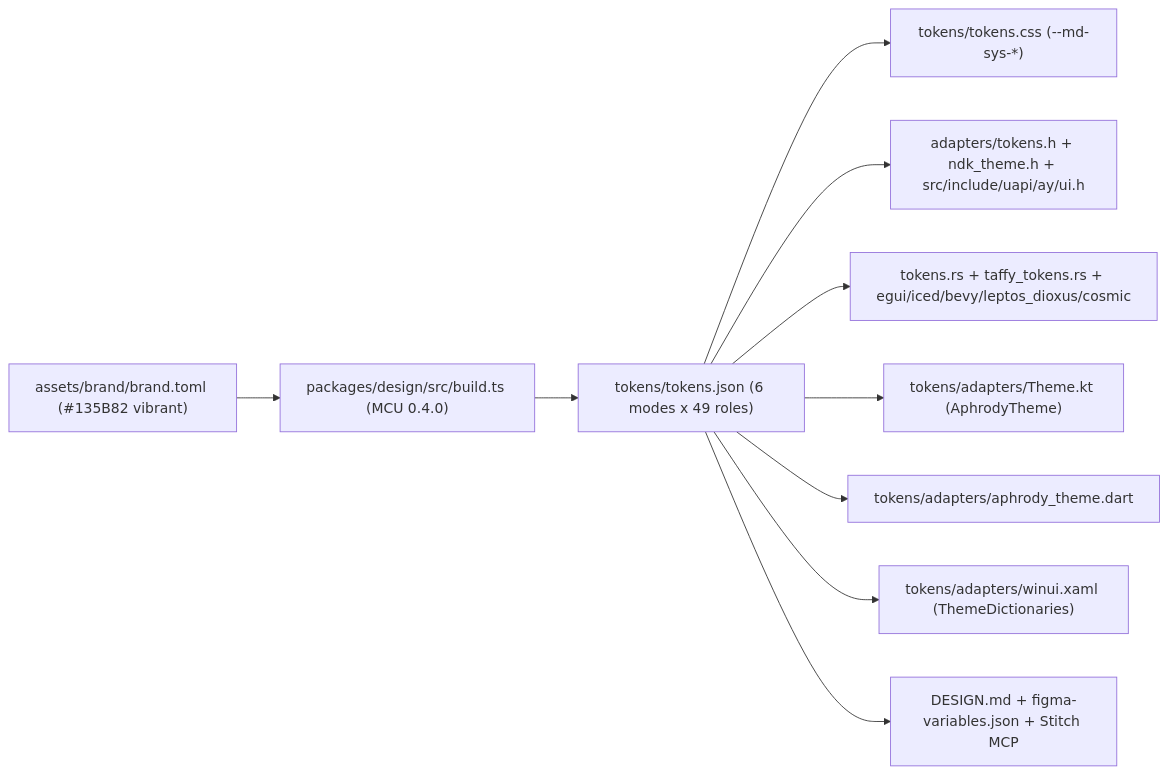
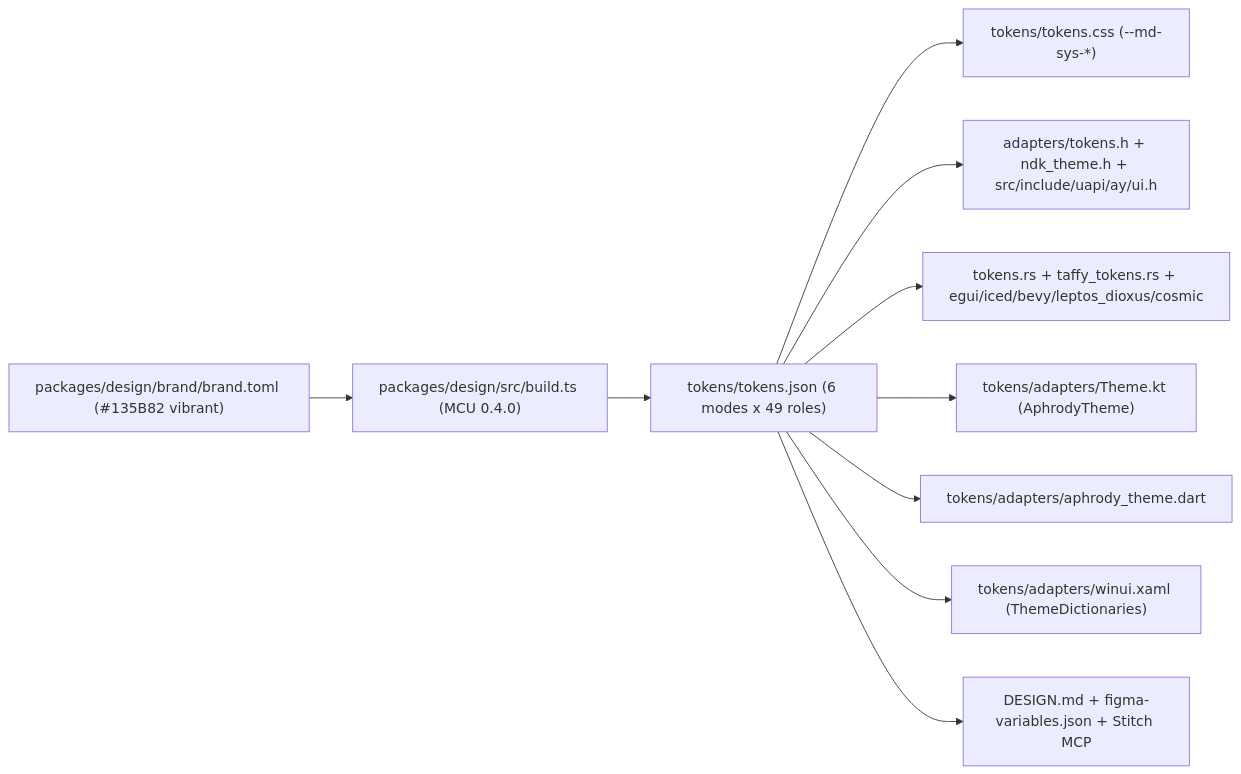
Before and after one commit to aphrody-labs/legacy: the first of 2 diagrams in docs/native/PURE-C-WASM-UI-2026.md, drawn with Mermaid. The commit also changed other lines of this file and 365 other files, not shown here.

Commit message:
brand: layout of oven-sh/bun (docs/logo, docs/icons, docs/badges generated by ay brand build; sources in packages/design/brand), accessible titles, viewBox and packed paths in every generated SVG, one icon per monorepo type, assets/ removed

````diff
--- a/docs/native/PURE-C-WASM-UI-2026.md
+++ b/docs/native/PURE-C-WASM-UI-2026.md
@@ -67,12 +67,12 @@
 ```mermaid
 flowchart LR
-  Brand["assets/brand/brand.toml (#135B82 vibrant)"] --> Build["packages/design/src/build.ts (MCU 0.4.0)"]
+  Brand["packages/design/brand/brand.toml (#135B82 vibrant)"] --> Build["packages/design/src/build.ts (MCU 0.4.0)"]
   Build --> JSON["tokens/tokens.json (6 modes x 49 roles)"]
   JSON --> CSS["tokens/tokens.css (--md-sys-*)"]
   JSON --> CHeader["adapters/tokens.h + ndk_theme.h + src/include/uapi/ay/ui.h"]
   JSON --> Rust["tokens.rs + taffy_tokens.rs + egui/iced/bevy/leptos_dioxus/cosmic"]
   JSON --> Compose["tokens/adapters/Theme.kt (AphrodyTheme)"]
   JSON --> Flutter["tokens/adapters/aphrody_theme.dart"]
   JSON --> WinUI["tokens/adapters/winui.xaml (ThemeDictionaries)"]
   JSON --> DesignTools["DESIGN.md + figma-variables.json + Stitch MCP"]
 ```
````
